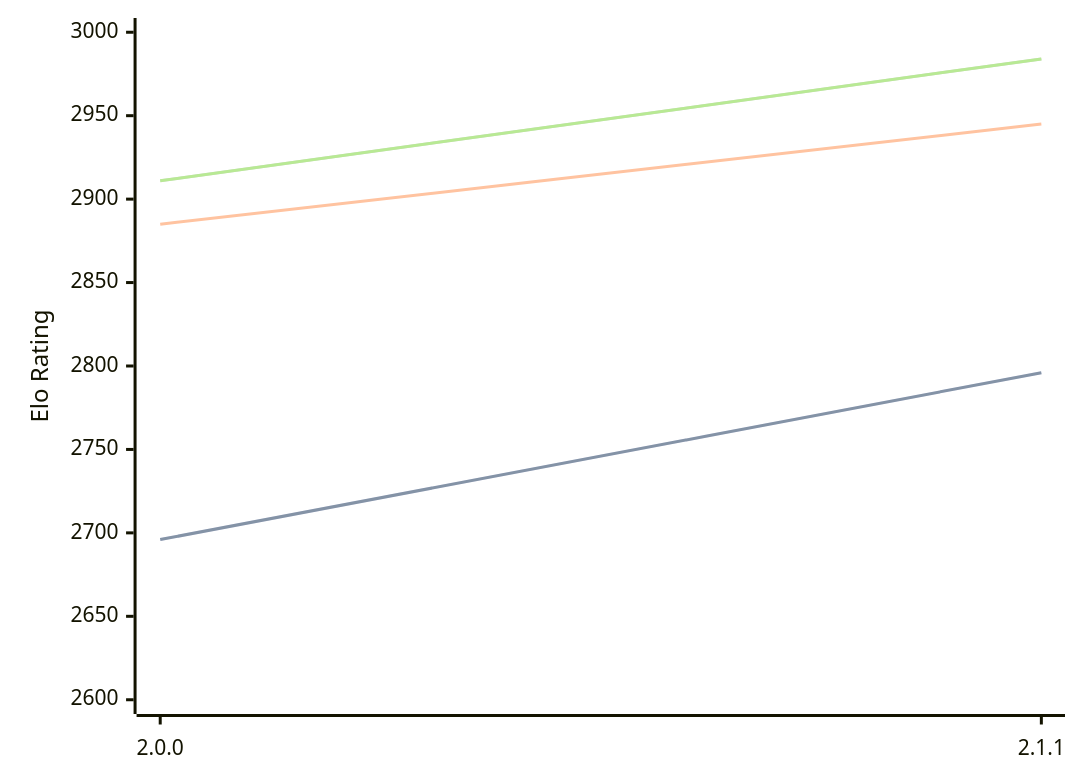
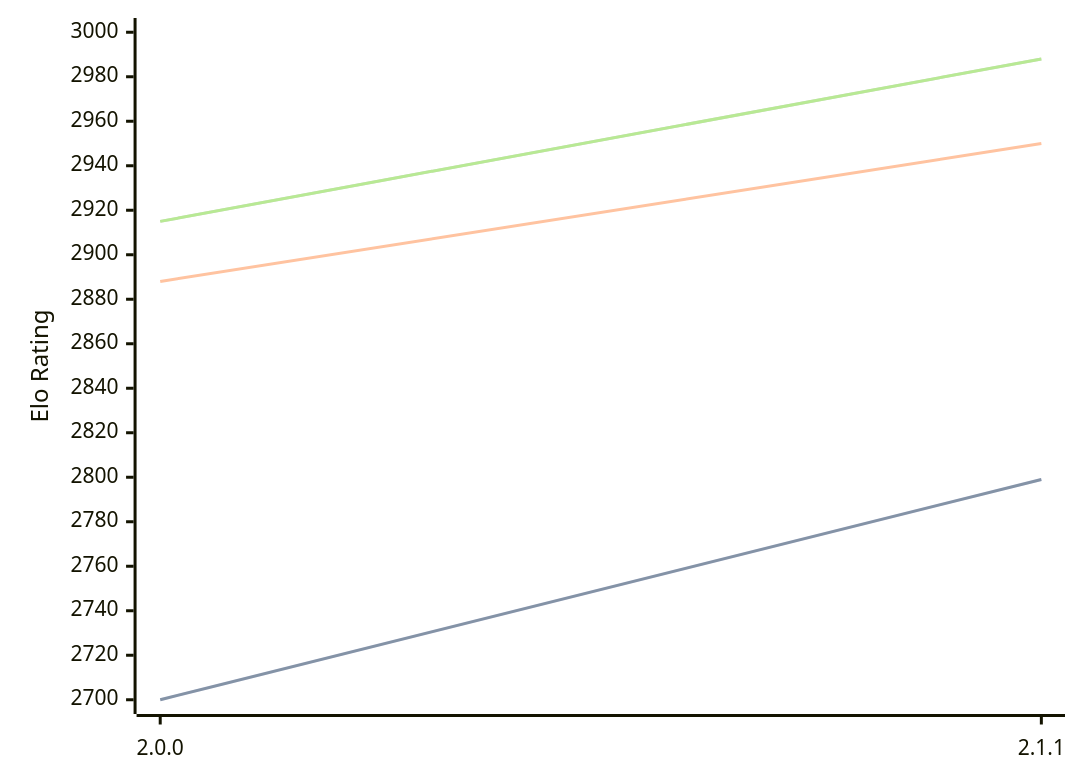
One commit to computer-chess-index/cci changed the diagram in engines/Bread.md. Above: the diagram before and after it, drawn with Mermaid. The commit also changed other lines of this file, not shown here.

Commit message:
Update CCI Ratings (ELO VLTC) - 2026-02-24

````diff
--- a/engines/Bread.md
+++ b/engines/Bread.md
@@ -47,11 +47,11 @@
 ```mermaid
 %%{init: {"theme":"base","themeVariables":{"seriesColors:['#a3a3a3','#222221','#faa371']}}}%%
 xychart-beta
   x-axis ["2.0.0", "2.1.1"]
-  y-axis "Elo Rating" 2600 --> 3000
-  line "STC (8.0+0.08s)" [2696, 2796]
-  line "STC (8.0+0.08s)" [2696, 2796]
-  line "LTC (60.0+0.60s)" [2885, 2945]
-  line "VLTC (2m24s+1.12s)" [2911, 2984]
-  line "VLTC (2m24s+1.12s)" [2911, 2984]
+  y-axis "Elo Rating" 2700 --> 3000
+  line "STC (8.0+0.08s)" [2700, 2799]
+  line "STC (8.0+0.08s)" [2700, 2799]
+  line "LTC (60.0+0.60s)" [2888, 2950]
+  line "VLTC (2m24s+1.12s)" [2915, 2988]
+  line "VLTC (2m24s+1.12s)" [2915, 2988]
 ```
````
